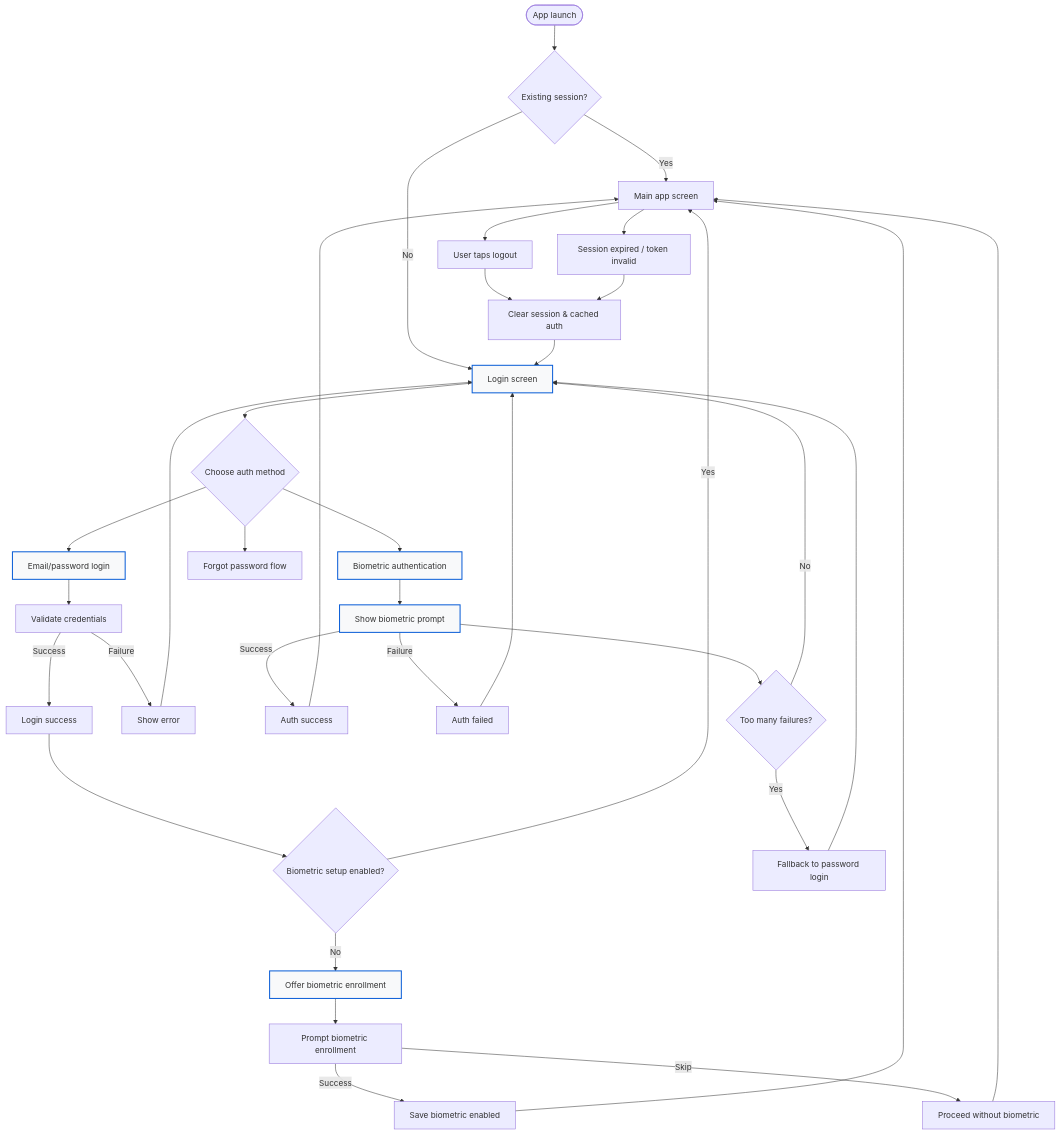
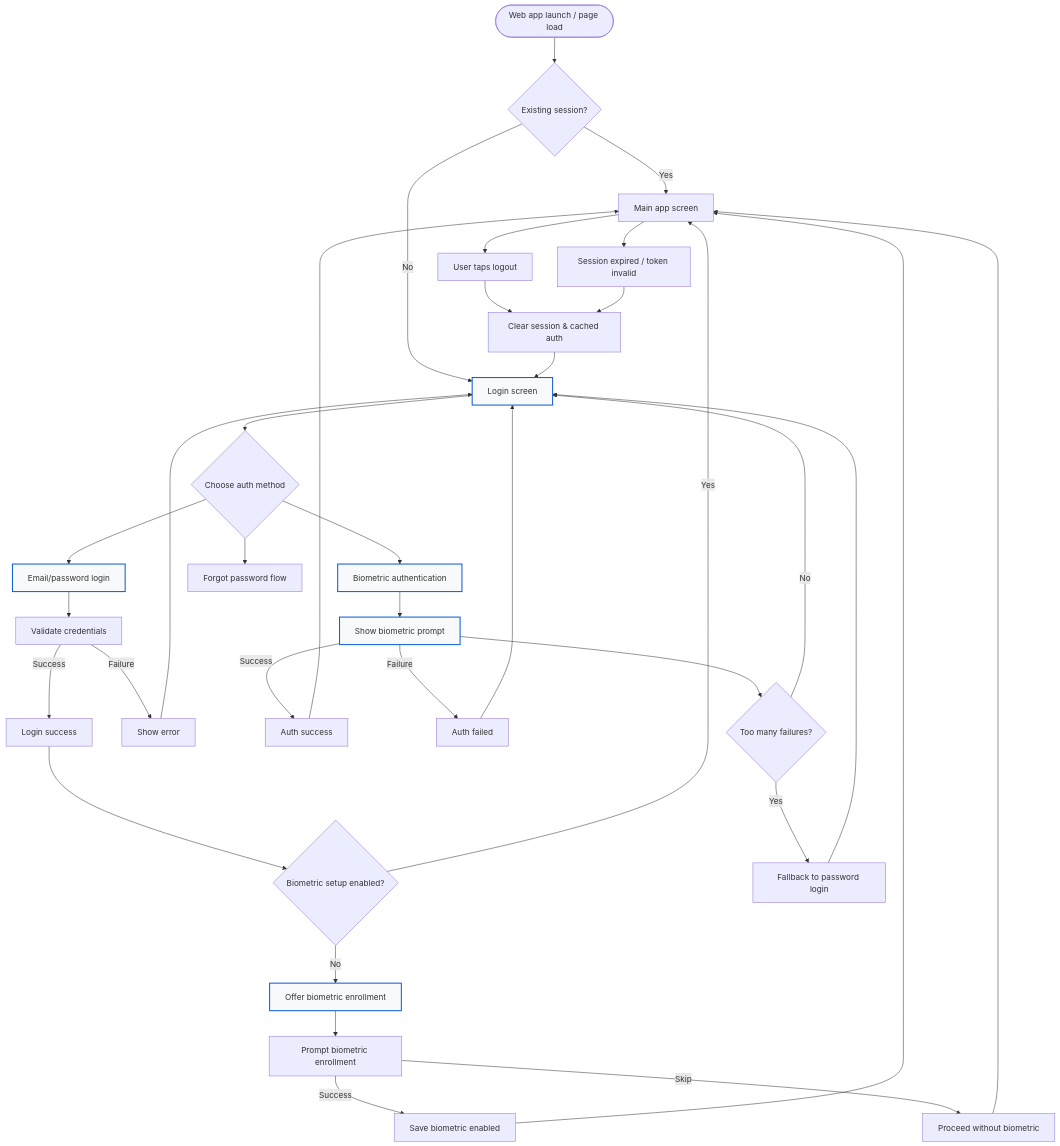
The diagram in planDocs/login-workflow.md (chanXVI/watchVibe), drawn with Mermaid before and after one commit. The commit also changed other lines of this file and 2 other files, not shown here.

````diff
--- a/planDocs/login-workflow.md
+++ b/planDocs/login-workflow.md
@@ -3,48 +3,48 @@
 ```mermaid
 flowchart TD
-    Start([App launch]) --> CheckSession{Existing session?}
+    Start([Web app launch / page load]) --> CheckSession{Existing session?}
     CheckSession -- Yes --> MainApp[Main app screen]
     CheckSession -- No --> LoginScreen[Login screen]
 
     LoginScreen --> AuthChoice{Choose auth method}
     AuthChoice --> PasswordLogin[Email/password login]
     AuthChoice --> BiometricLogin[Biometric authentication]
     AuthChoice --> ForgotPassword[Forgot password flow]
 
     PasswordLogin --> ValidateCredentials[Validate credentials]
     ValidateCredentials -- Success --> LoginSuccess[Login success]
     ValidateCredentials -- Failure --> LoginFailure[Show error]
     LoginFailure --> LoginScreen
 
     LoginSuccess --> CheckBiometricSetup{Biometric setup enabled?}
     CheckBiometricSetup -- No --> OfferBiometric[Offer biometric enrollment]
     CheckBiometricSetup -- Yes --> MainApp
 
     OfferBiometric --> EnrollBiometric[Prompt biometric enrollment]
     EnrollBiometric -- Success --> SaveBiometricFlag[Save biometric enabled]
     EnrollBiometric -- Skip --> SkipBiometric[Proceed without biometric]
     SaveBiometricFlag --> MainApp
     SkipBiometric --> MainApp
 
     BiometricLogin --> BiometricPrompt[Show biometric prompt]
     BiometricPrompt -- Success --> BiometricSuccess[Auth success]
     BiometricPrompt -- Failure --> BiometricFailure[Auth failed]
     BiometricFailure --> LoginScreen
     BiometricSuccess --> MainApp
 
     MainApp --> Logout[User taps logout]
     Logout --> ClearSession[Clear session & cached auth]
     ClearSession --> LoginScreen
 
     MainApp --> SessionExpired[Session expired / token invalid]
     SessionExpired --> ClearSession
 
     %% Additional edge cases
     BiometricPrompt --> BiometricLocked{Too many failures?}
     BiometricLocked -- Yes --> FallbackPassword[Fallback to password login]
     BiometricLocked -- No --> LoginScreen
     FallbackPassword --> LoginScreen
 
     classDef authStyle fill:#f8f9fa,stroke:#0b5ed7,stroke-width:2px;
     class LoginScreen,PasswordLogin,BiometricLogin,BiometricPrompt,OfferBiometric authStyle;
 ```
````
